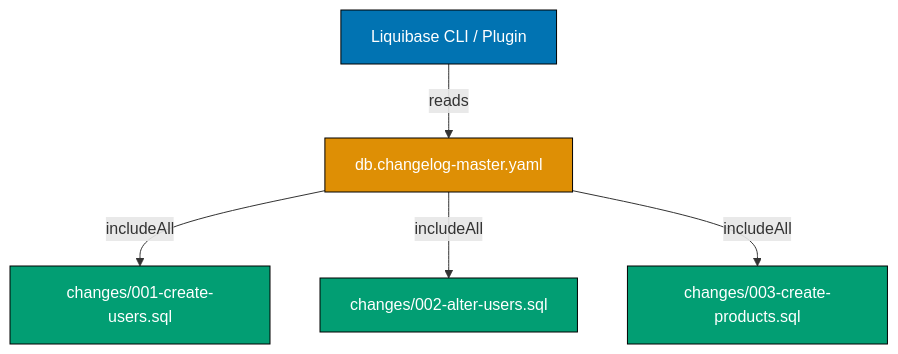
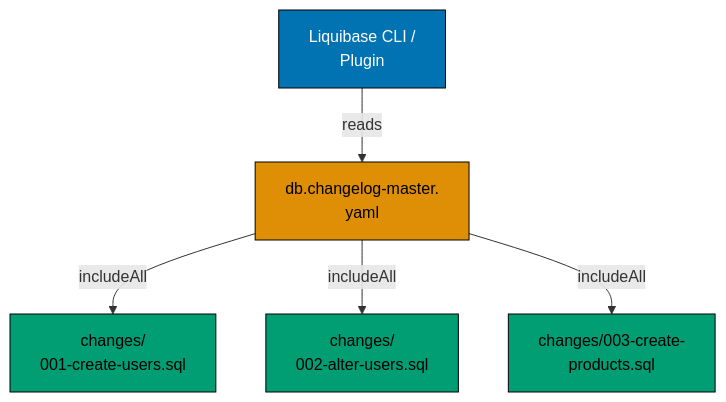
The first of 2 diagrams in apps/ayokoding-www/content/en/learn/legacy/software-engineering/data/tools/java-liquibase/by-example/beginner.md (wahidyankf/ose-public), drawn with Mermaid before and after one commit. The commit also changed other lines of this file and 131 other files, not shown here.

First line of the commit message:
fix(mermaid): bring the legacy data, infrastructure, and testing diagrams onto the accessible palette

````diff
--- a/apps/ayokoding-www/content/en/learn/legacy/software-engineering/data/tools/java-liquibase/by-example/beginner.md
+++ b/apps/ayokoding-www/content/en/learn/legacy/software-engineering/data/tools/java-liquibase/by-example/beginner.md
@@ -19,14 +19,20 @@
 ```mermaid
 %% Color Palette: Blue #0173B2, Orange #DE8F05, Teal #029E73, Purple #CC78BC, Brown #CA9161
 graph TD
-    A[Liquibase CLI / Plugin] -->|reads| B[db.changelog-master.yaml]
-    B -->|includeAll| C[changes/001-create-users.sql]
-    B -->|includeAll| D[changes/002-alter-users.sql]
-    B -->|includeAll| E[changes/003-create-products.sql]
+    accTitle: Example 1: Master Changelog File
+    accDescr: Graph with 5 nodes and 4 connections. Nodes: Liquibase CLI / Plugin, db.changelog-master. yaml, changes/ 001-create-users.sql, changes/ 002-alter-users.sql, changes/003-create- products.sql. Connections: Liquibase CLI / Plugin to db.changelog-master. yaml (reads), db.changelog-master. yaml to changes/ 001-create-users.sql (includeAll), db.changelog-master. yaml to changes/ 002-alter-users.sql (includeAll), db.changelog-master. yaml to changes/003-create- products.sql (includeAll).
+    A[Liquibase CLI /<br/>Plugin] -->|reads| B[db.changelog-master.<br/>yaml]
+    B -->|includeAll| C[changes/<br/>001-create-users.sql]
+    B -->|includeAll| D[changes/<br/>002-alter-users.sql]
+    B -->|includeAll| E[changes/003-create-<br/>products.sql]
 
-    style A fill:#0173B2,stroke:#000,color:#fff
-    style B fill:#DE8F05,stroke:#000,color:#fff
-    style C fill:#029E73,stroke:#000,color:#fff
-    style D fill:#029E73,stroke:#000,color:#fff
-    style E fill:#029E73,stroke:#000,color:#fff
+    classDef pal-0173B2 fill:#0173B2,stroke:#000000,color:#FFFFFF
+    class A pal-0173B2
+    classDef pal-DE8F05 fill:#DE8F05,stroke:#000000,color:#000000
+    class B pal-DE8F05
+    classDef pal-029E73 fill:#029E73,stroke:#000000,color:#000000
+    class C pal-029E73
+    class D pal-029E73
+    class E pal-029E73
+    classDef default fill:#FFFFFF,stroke:#000000,color:#000000
 ```
````
